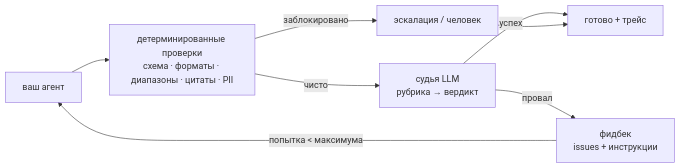
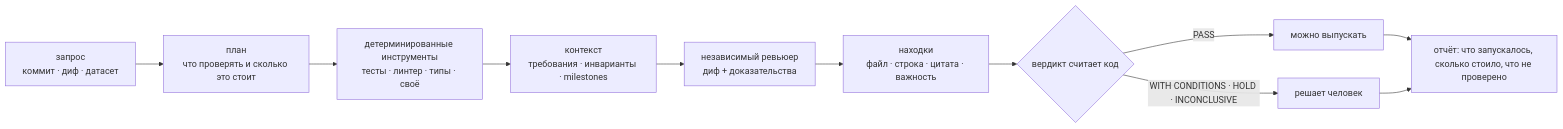
One commit to wizzhomie/pantheon changed the diagram in README.ru.md. Above: the diagram before and after it, drawn with Mermaid. The commit also changed other lines of this file and 4 other files, not shown here.

````diff
--- a/README.ru.md
+++ b/README.ru.md
@@ -53,10 +57,13 @@
 ```mermaid
 flowchart LR
-    A[ваш агент] --> B[детерминированные проверки<br/>схема · форматы · диапазоны · цитаты · PII]
-    B -->|заблокировано| E[эскалация / человек]
-    B -->|чисто| C[судья LLM<br/>рубрика → вердикт]
-    C -->|провал| D[фидбек<br/>issues + инструкции]
-    D -->|попытка < максимума| A
-    C -->|успех| Z[готово + трейс]
-    E --> Z
+    R[запрос<br/>коммит · диф · датасет] --> P[план<br/>что проверять и сколько это стоит]
+    P --> D[детерминированные инструменты<br/>тесты · линтер · типы · своё]
+    D --> C[контекст<br/>требования · инварианты · milestones]
+    C --> V[независимый ревьюер<br/>диф + доказательства]
+    V --> F[находки<br/>файл · строка · цитата · важность]
+    F --> D2{вердикт считает код}
+    D2 -->|PASS| OK[можно выпускать]
+    D2 -->|WITH CONDITIONS · HOLD · INCONCLUSIVE| HU[решает человек]
+    OK --> REP[отчёт: что запускалось, сколько стоило, что не проверено]
+    HU --> REP
 ```
````
